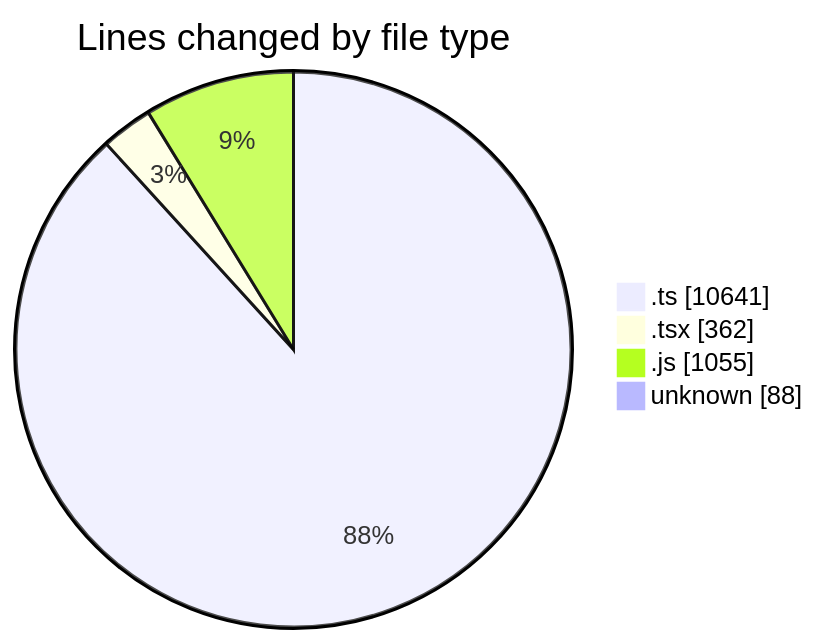
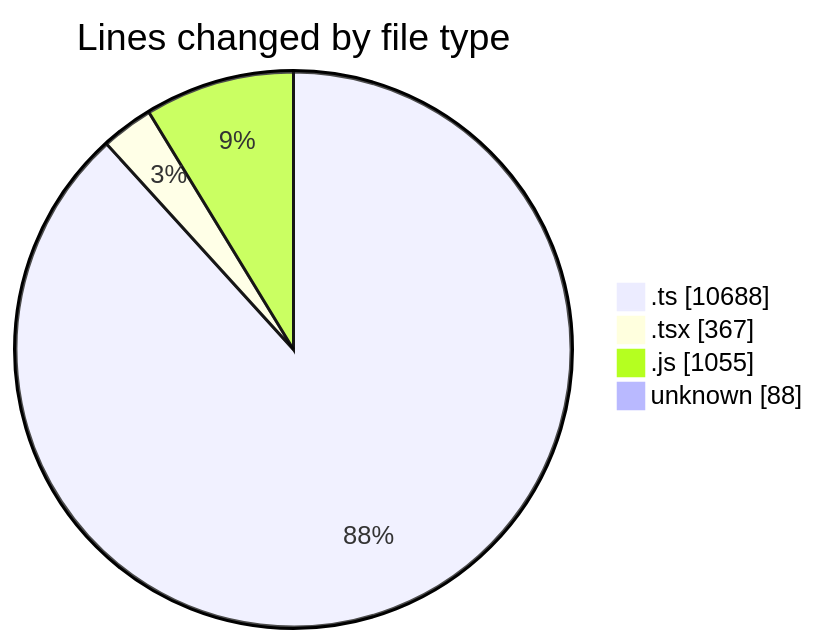
The first of 2 diagrams in 2026-03-11/cda/README.md (momahboobian/code-tracking), drawn with Mermaid before and after one commit. The commit also changed other lines of this file and 1 other file, not shown here.

````diff
--- a/2026-03-11/cda/README.md
+++ b/2026-03-11/cda/README.md
@@ -32,8 +33,8 @@
 ```mermaid
 pie showData
 title Lines changed by file type
-".ts" : 10641
-".tsx" : 362
+".ts" : 10688
+".tsx" : 367
 ".js" : 1055
 "unknown" : 88
 ```
````
